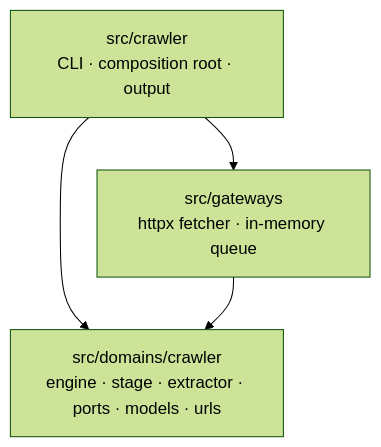
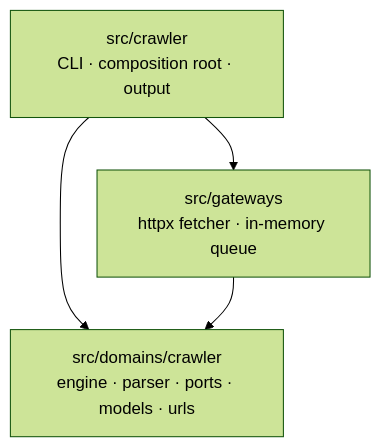
The first of 2 diagrams in python/README.md (Zegocover/engineer-hiring-tech-exercise), drawn with Mermaid (forest theme) before and after one commit. The commit also changed other lines of this file and 10 other files, not shown here.

First line of the commit message:
refactor(crawler): merge extractor + parse stage into parser.py

````diff
--- a/python/README.md
+++ b/python/README.md
@@ -68,9 +68,9 @@
 ```mermaid
 flowchart TD
     CLI["src/crawler<br/>CLI · composition root · output"]
-    DOM["src/domains/crawler<br/>engine · stage · extractor · ports · models · urls"]
+    DOM["src/domains/crawler<br/>engine · parser · ports · models · urls"]
     GW["src/gateways<br/>httpx fetcher · in-memory queue"]
     CLI --> DOM
     GW --> DOM
     CLI --> GW
 ```
````
